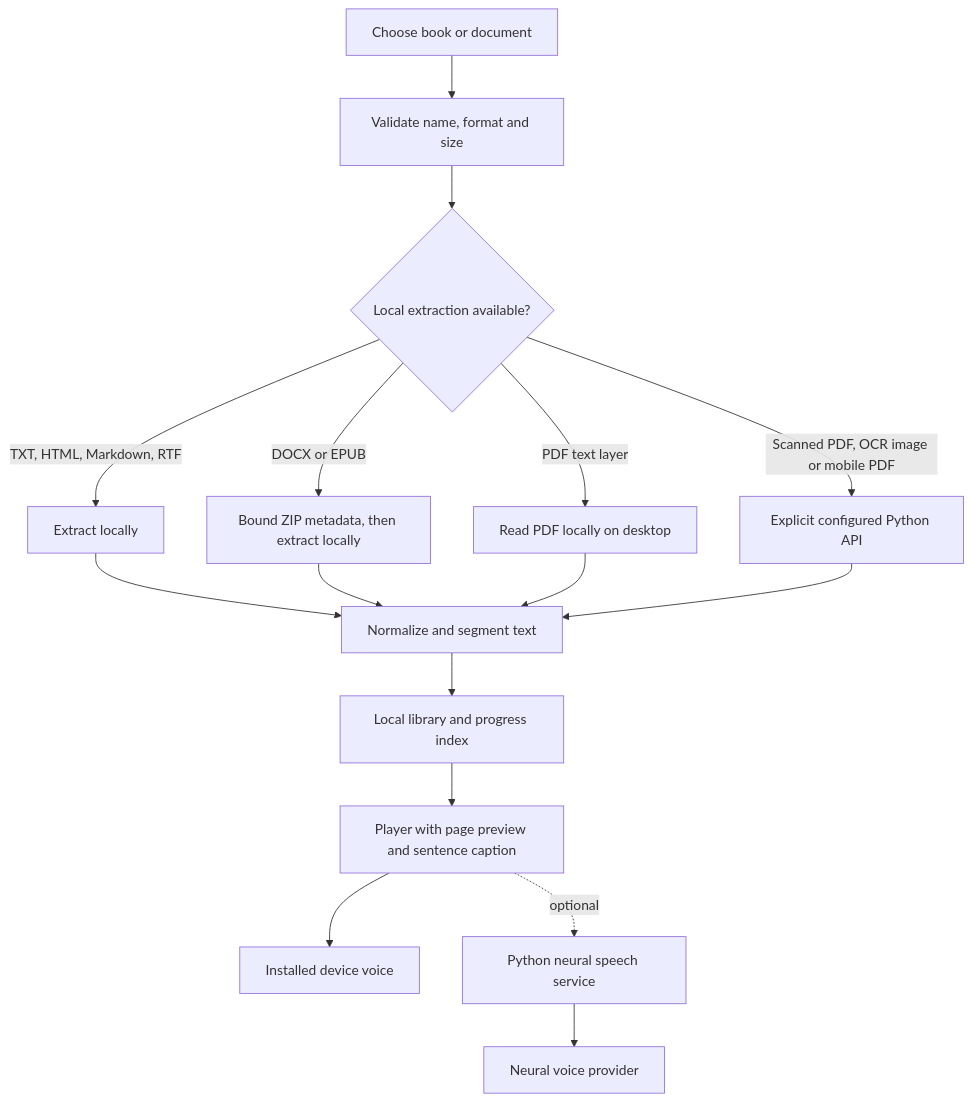
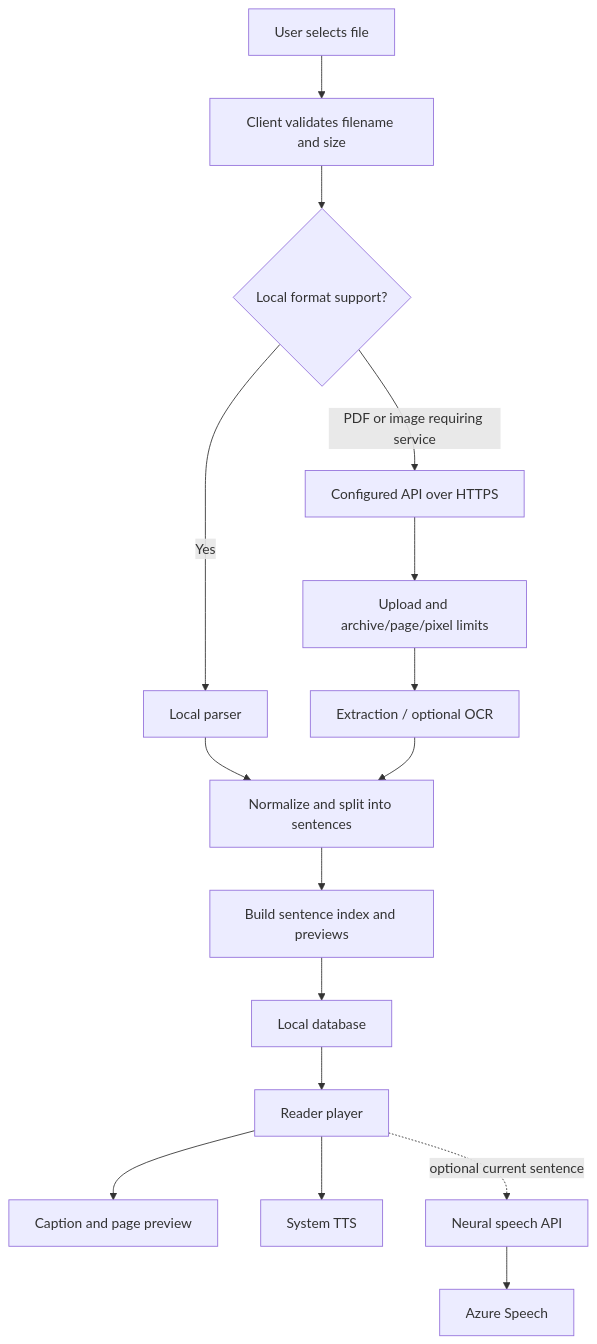
One commit to PerezChris99/ReadAloud changed the diagram in docs/ARCHITECTURE.md. Above: the diagram before and after it, drawn with Mermaid. The commit also changed other lines of this file and 2 other files, not shown here.

Commit message:
Document release gates, system boundaries, and store readiness

````diff
--- a/docs/ARCHITECTURE.md
+++ b/docs/ARCHITECTURE.md
@@ -9,18 +12,18 @@
-~~~mermaid
+```mermaid
 flowchart TD
-  A[Choose book or document] --> B[Validate name, format and size]
-  B --> C{Local extraction available?}
-  C -->|TXT, HTML, Markdown, RTF| D[Extract locally]
-  C -->|DOCX or EPUB| E[Bound ZIP metadata, then extract locally]
-  C -->|PDF text layer| F[Read PDF locally on desktop]
-  C -->|Scanned PDF, OCR image or mobile PDF| G[Explicit configured Python API]
-  D --> H[Normalize and segment text]
-  E --> H
-  F --> H
-  G --> H
-  H --> I[Local library and progress index]
-  I --> J[Player with page preview and sentence caption]
-  J --> K[Installed device voice]
-  J -. optional .-> L[Python neural speech service]
-  L --> M[Neural voice provider]
-~~~
+  U[User selects file] --> V[Client validates filename and size]
+  V --> X{Local format support?}
+  X -->|Yes| L[Local parser]
+  X -->|PDF or image requiring service| A[Configured API over HTTPS]
+  A --> P[Upload and archive/page/pixel limits]
+  P --> E[Extraction / optional OCR]
+  L --> N[Normalize and split into sentences]
+  E --> N
+  N --> I[Build sentence index and previews]
+  I --> S[Local database]
+  S --> R[Reader player]
+  R --> C[Caption and page preview]
+  R --> T[System TTS]
+  R -. optional current sentence .-> Q[Neural speech API]
+  Q --> Z[Azure Speech]
+```
````
